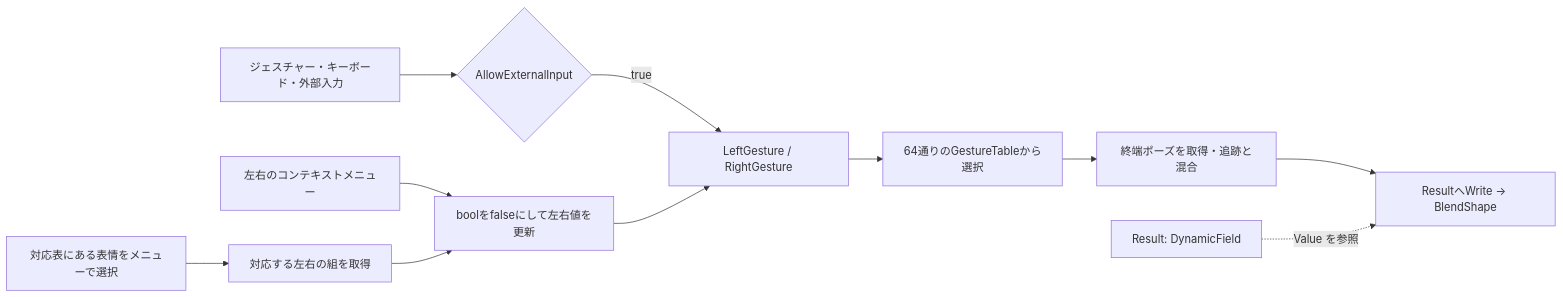
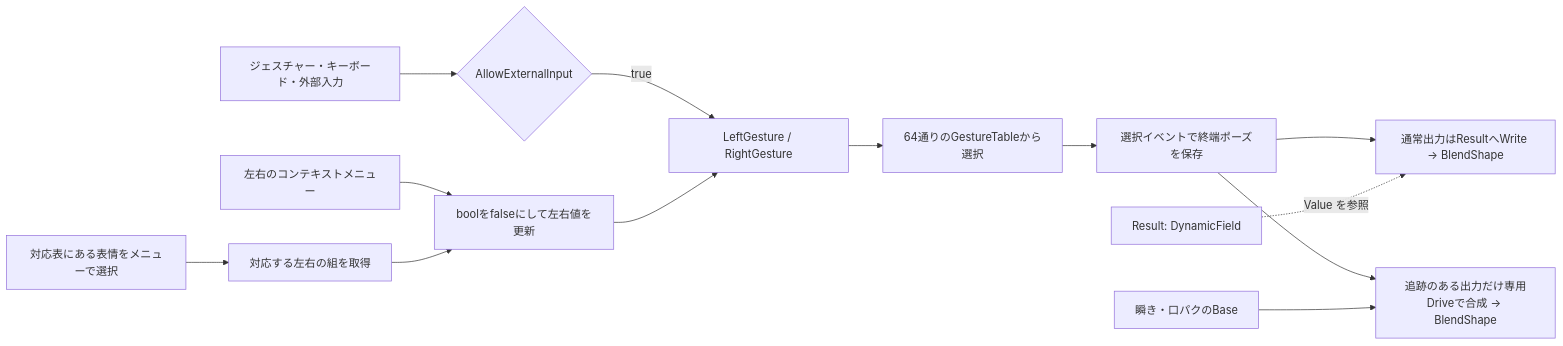
The diagram in docs/expression-system.md (orange3134/VRMtoResonitePackage), drawn with Mermaid before and after one commit. The commit also changed other lines of this file and 9 other files, not shown here.

````diff
--- a/docs/expression-system.md
+++ b/docs/expression-system.md
@@ -18,13 +18,15 @@
 ```mermaid
 flowchart LR
     H[ジェスチャー・キーボード・外部入力] --> G{AllowExternalInput}
     G -->|true| S[LeftGesture / RightGesture]
     M[左右のコンテキストメニュー] --> L[boolをfalseにして左右値を更新]
     D[対応表にある表情をメニューで選択] --> T[対応する左右の組を取得]
     T --> L
     L --> S
     S --> P[64通りのGestureTableから選択]
-    P --> R[終端ポーズを取得・追跡と混合]
-    R --> V[ResultへWrite → BlendShape]
+    P --> R[選択イベントで終端ポーズを保存]
+    R --> V[通常出力はResultへWrite → BlendShape]
+    R --> Q[追跡のある出力だけ専用Driveで合成 → BlendShape]
+    B[瞬き・口パクのBase] --> Q
     Result[Result: DynamicField] -. Value を参照 .-> V
 ```
````
